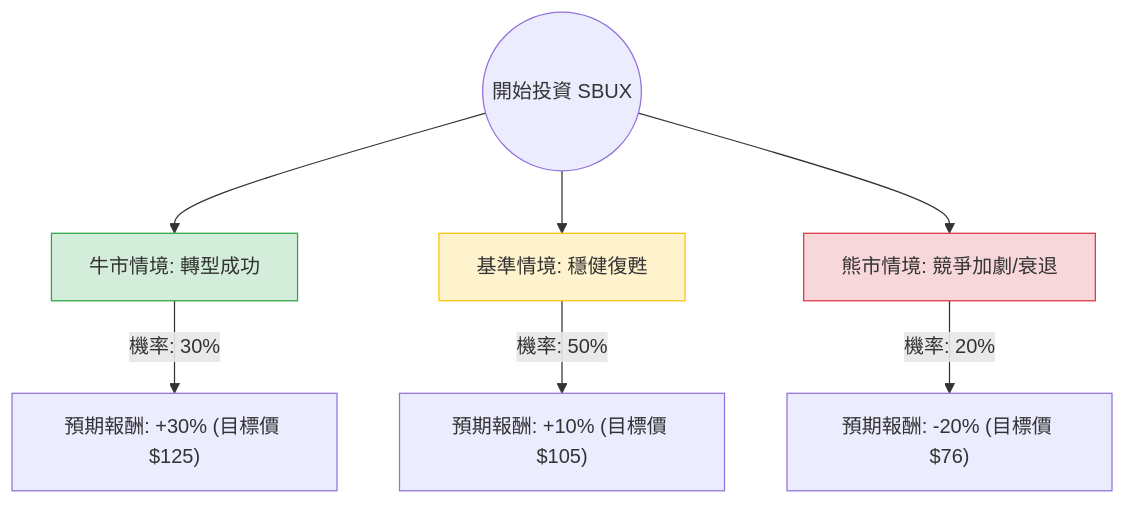
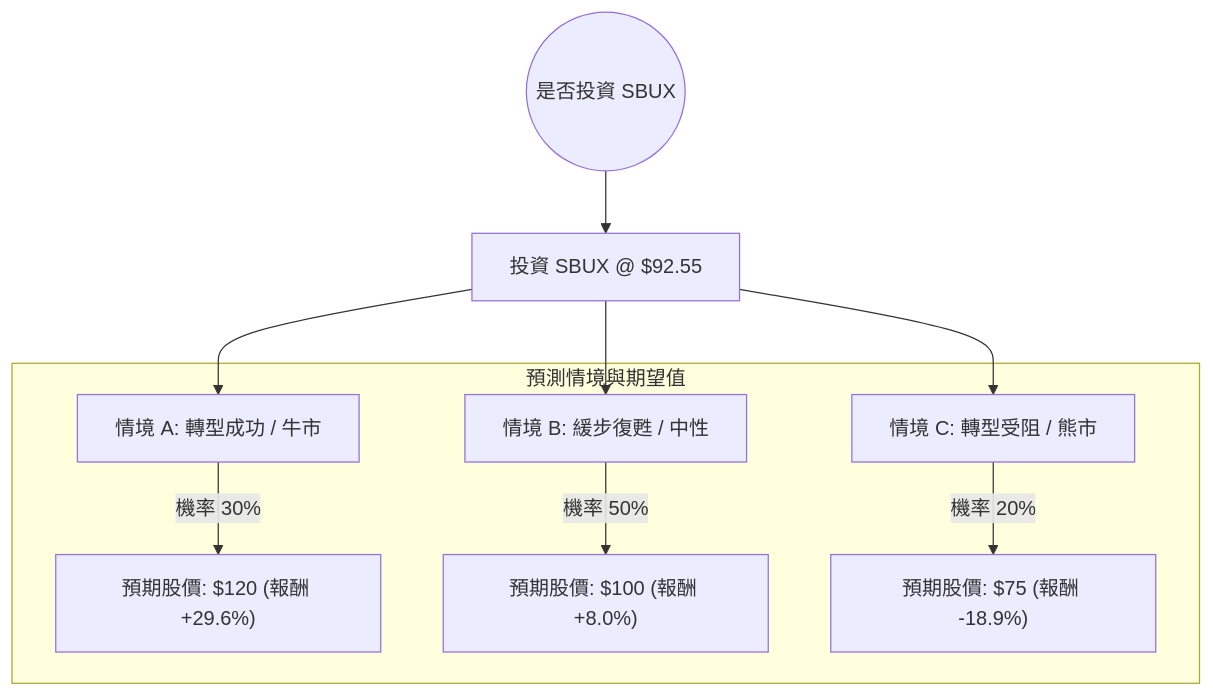
Before and after one commit to zmcx16/zmcx16.github.io: the diagram in plugin-react/ai-analysis/ev-analysis/SBUX.md, drawn with Mermaid. The commit also changed other lines of this file and 74 other files, not shown here.

````diff
--- a/plugin-react/ai-analysis/ev-analysis/SBUX.md
+++ b/plugin-react/ai-analysis/ev-analysis/SBUX.md
@@ -20,14 +21,14 @@
 ```mermaid
 graph TD
-    Start((開始投資 SBUX)) --> Bull[牛市情境: 轉型成功]
-    Start --> Base[基準情境: 穩健復甦]
-    Start --> Bear[熊市情境: 競爭加劇/衰退]
+    Start((是否投資 SBUX)) --> Invest[投資 SBUX @ $92.55]
+    
+    Invest --> Bull[情境 A: 轉型成功 / 牛市]
+    Invest --> Base[情境 B: 緩步復甦 / 中性]
+    Invest --> Bear[情境 C: 轉型受阻 / 熊市]
 
-    Bull -- "機率: 30%" --> BullVal["預期報酬: +30% (目標價 $125)"]
-    Base -- "機率: 50%" --> BaseVal["預期報酬: +10% (目標價 $105)"]
-    Bear -- "機率: 20%" --> BearVal["預期報酬: -20% (目標價 $76)"]
-
-    style Bull fill:#d4edda,stroke:#28a745
-    style Base fill:#fff3cd,stroke:#ffc107
-    style Bear fill:#f8d7da,stroke:#dc3545
+    subgraph 預測情境與期望值
+    Bull -- "機率 30%" --> BullVal["預期股價: $120 (報酬 +29.6%)"]
+    Base -- "機率 50%" --> BaseVal["預期股價: $100 (報酬 +8.0%)"]
+    Bear -- "機率 20%" --> BearVal["預期股價: $75 (報酬 -18.9%)"]
+    end
 ```
````
